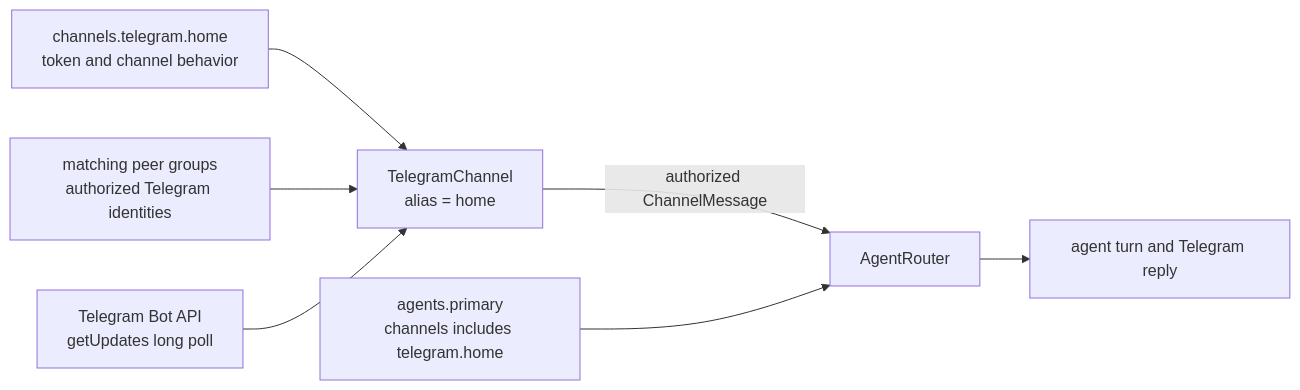
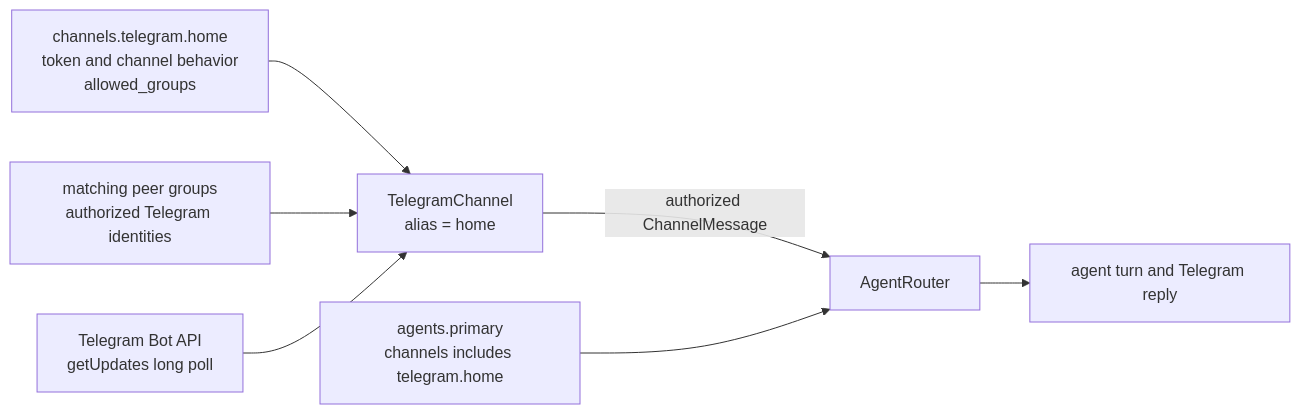
Before and after one commit to zeroclaw-labs/zeroclaw: the first of 2 diagrams in docs/book/src/channels/telegram.md, drawn with Mermaid. The commit also changed other lines of this file and 2 other files, not shown here.

First line of the commit message:
test(telegram): fix listen() boundary tests for mention_only fail-closed skip

````diff
--- a/docs/book/src/channels/telegram.md
+++ b/docs/book/src/channels/telegram.md
@@ -13,9 +15,9 @@
 ```mermaid
 flowchart LR
-    T["channels.telegram.home<br/>token and channel behavior"] --> C["TelegramChannel<br/>alias = home"]
+    T["channels.telegram.home<br/>token and channel behavior<br/>allowed_groups"] --> C["TelegramChannel<br/>alias = home"]
     P["matching peer groups<br/>authorized Telegram identities"] --> C
     G["Telegram Bot API<br/>getUpdates long poll"] --> C
     C -->|"authorized ChannelMessage"| R["AgentRouter"]
     A["agents.primary<br/>channels includes telegram.home"] --> R
     R --> L["agent turn and Telegram reply"]
 ```
````
